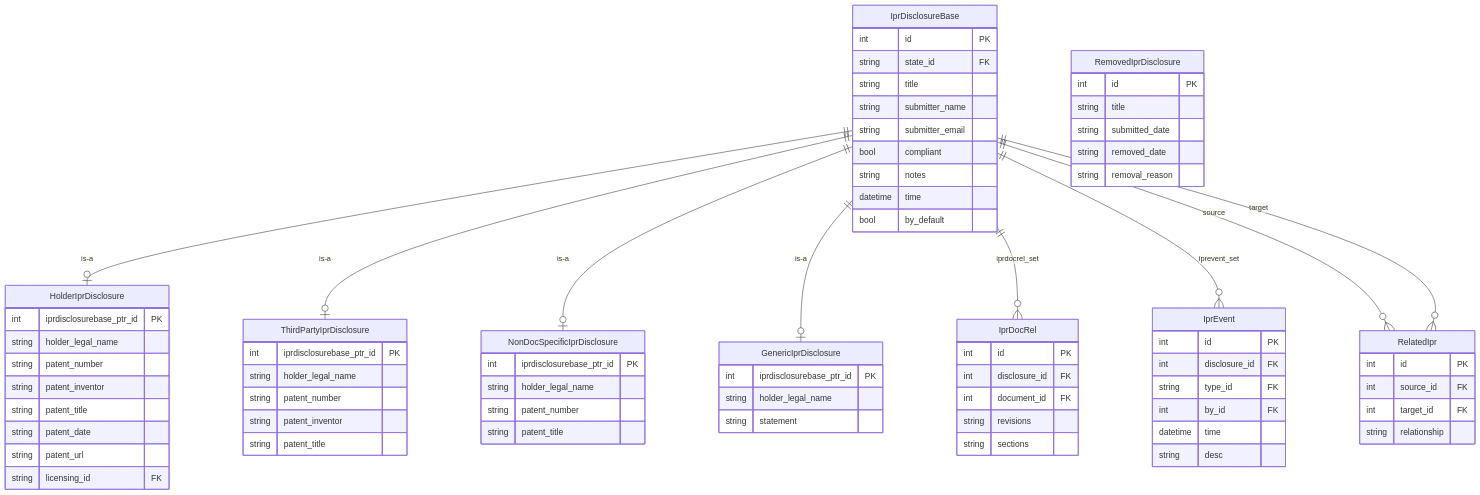
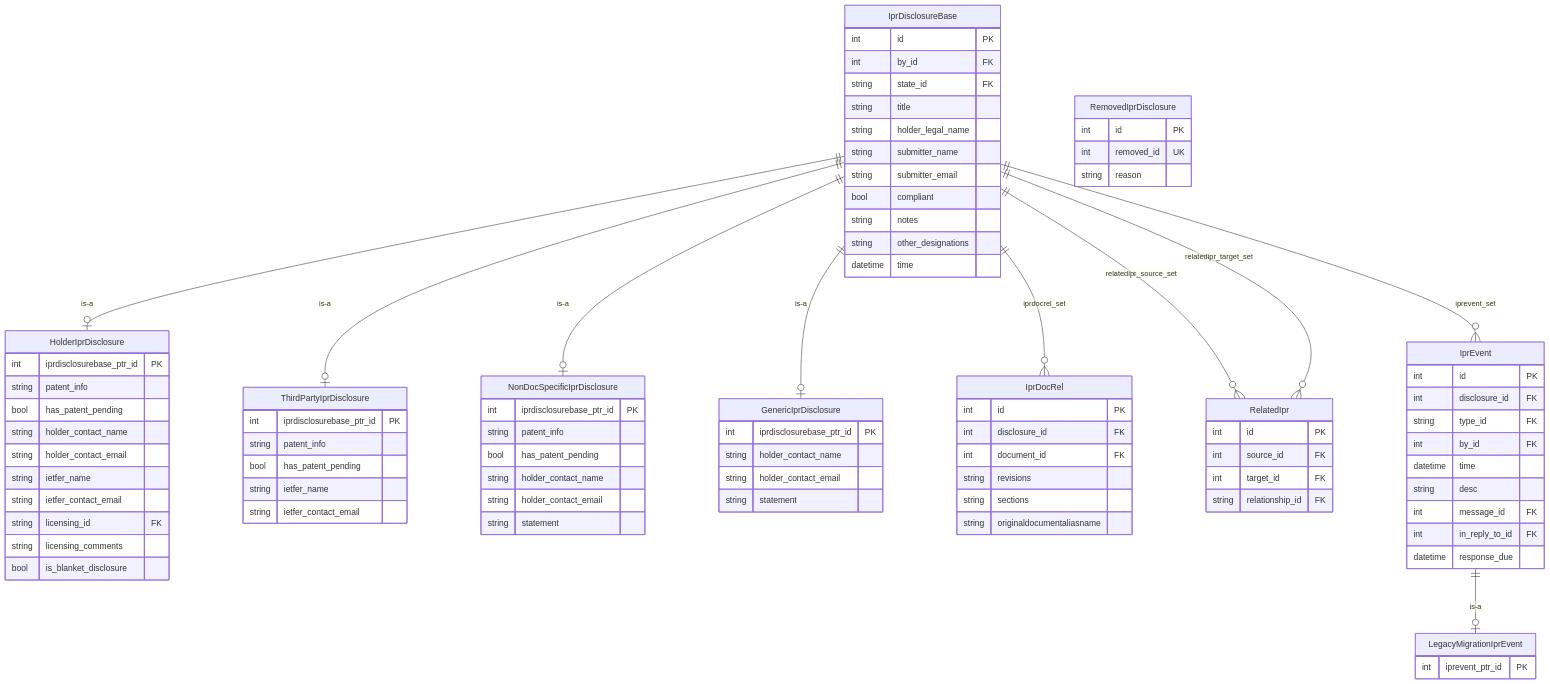
The first of 3 diagrams in dev/intro/supporting.md (aliaspartan9/datatracker), drawn with Mermaid before and after one commit. The commit also changed other lines of this file, not shown here.

````diff
--- a/dev/intro/supporting.md
+++ b/dev/intro/supporting.md
@@ -84,41 +140,48 @@
 erDiagram
     IprDisclosureBase {
         int id PK
+        int by_id FK
         string state_id FK
         string title
+        string holder_legal_name
         string submitter_name
         string submitter_email
         bool compliant
         string notes
+        string other_designations
         datetime time
-        bool by_default
     }
     HolderIprDisclosure {
         int iprdisclosurebase_ptr_id PK
-        string holder_legal_name
-        string patent_number
-        string patent_inventor
-        string patent_title
-        string patent_date
-        string patent_url
+        string patent_info
+        bool has_patent_pending
+        string holder_contact_name
+        string holder_contact_email
+        string ietfer_name
+        string ietfer_contact_email
         string licensing_id FK
+        string licensing_comments
+        bool is_blanket_disclosure
     }
     ThirdPartyIprDisclosure {
         int iprdisclosurebase_ptr_id PK
-        string holder_legal_name
-        string patent_number
-        string patent_inventor
-        string patent_title
+        string patent_info
+        bool has_patent_pending
+        string ietfer_name
+        string ietfer_contact_email
     }
     NonDocSpecificIprDisclosure {
         int iprdisclosurebase_ptr_id PK
-        string holder_legal_name
-        string patent_number
-        string patent_title
+        string patent_info
+        bool has_patent_pending
+        string holder_contact_name
+        string holder_contact_email
+        string statement
     }
     GenericIprDisclosure {
         int iprdisclosurebase_ptr_id PK
-        string holder_legal_name
+        string holder_contact_name
+        string holder_contact_email
         string statement
     }
     IprDocRel {
@@ -127,12 +190,13 @@
         int document_id FK
         string revisions
         string sections
+        string originaldocumentaliasname
     }
     RelatedIpr {
         int id PK
         int source_id FK
         int target_id FK
-        string relationship
+        string relationship_id FK
     }
     IprEvent {
         int id PK
@@ -141,13 +205,17 @@
         int by_id FK
         datetime time
         string desc
+        int message_id FK
+        int in_reply_to_id FK
+        datetime response_due
+    }
+    LegacyMigrationIprEvent {
+        int iprevent_ptr_id PK
     }
     RemovedIprDisclosure {
         int id PK
-        string title
-        string submitted_date
-        string removed_date
-        string removal_reason
+        int removed_id UK
+        string reason
     }
 
     IprDisclosureBase ||--o| HolderIprDisclosure : "is-a"
@@ -156,6 +224,7 @@
     IprDisclosureBase ||--o| GenericIprDisclosure : "is-a"
     IprDisclosureBase ||--o{ IprDocRel : "iprdocrel_set"
     IprDisclosureBase ||--o{ IprEvent : "iprevent_set"
-    IprDisclosureBase ||--o{ RelatedIpr : "source"
-    IprDisclosureBase ||--o{ RelatedIpr : "target"
+    IprDisclosureBase ||--o{ RelatedIpr : "relatedipr_source_set"
+    IprDisclosureBase ||--o{ RelatedIpr : "relatedipr_target_set"
+    IprEvent ||--o| LegacyMigrationIprEvent : "is-a"
 ```
````
